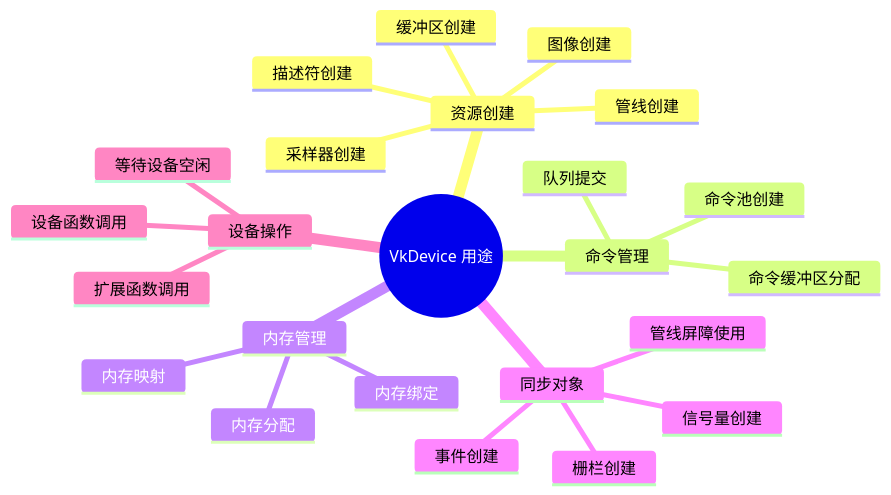
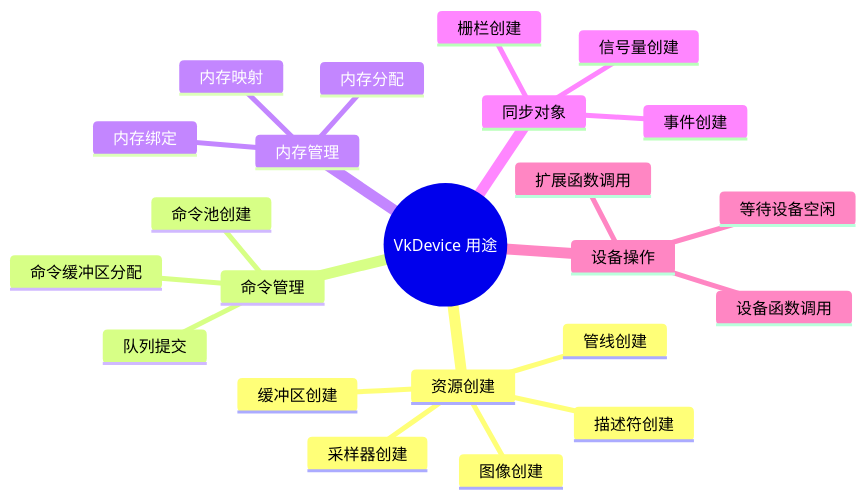
Before and after one commit to diandiandevelop/Vulkan: diagram 15 of 20 in fenxi/详细分析/VkDevice详细分析.md, drawn with Mermaid. The commit also changed other lines of this file and 18 other files, not shown here.

````diff
--- a/fenxi/详细分析/VkDevice详细分析.md
+++ b/fenxi/详细分析/VkDevice详细分析.md
@@ -761,27 +760,26 @@
 ```mermaid
 mindmap
   root((VkDevice 用途))
     资源创建
       缓冲区创建
       图像创建
       采样器创建
       管线创建
       描述符创建
     命令管理
       命令池创建
       命令缓冲区分配
       队列提交
     内存管理
       内存分配
       内存绑定
       内存映射
     同步对象
       信号量创建
       栅栏创建
       事件创建
-      管线屏障使用
     设备操作
       等待设备空闲
       设备函数调用
       扩展函数调用
 ```
````
